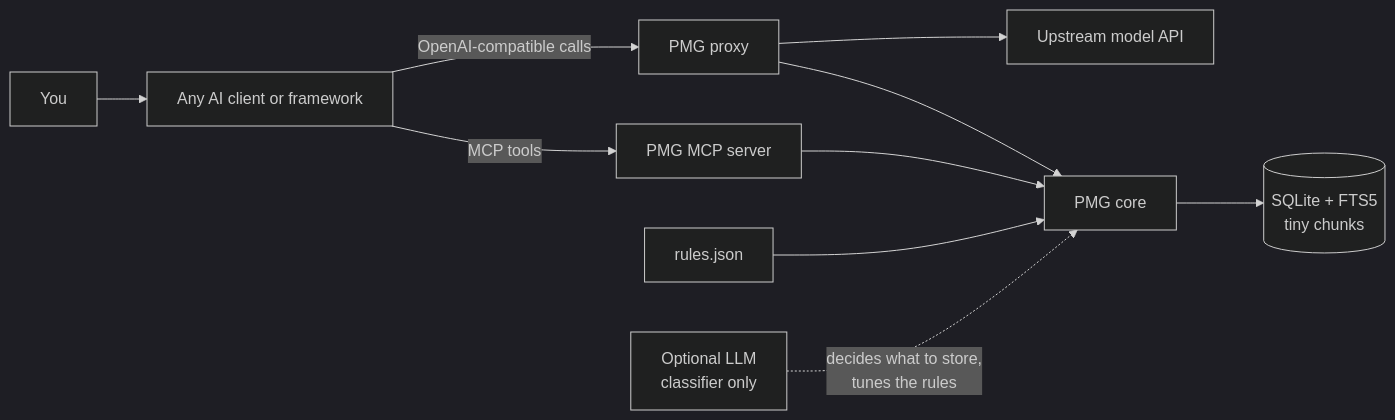
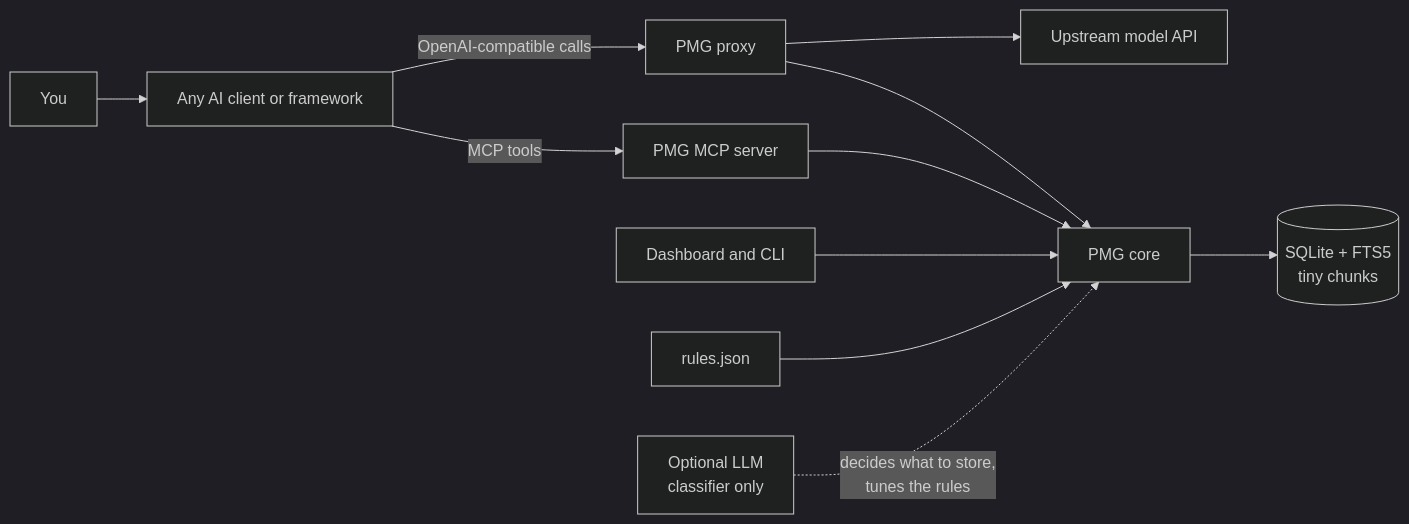
Before and after one commit to sseraladen-svg/Persistent-Memory-Gateway-PMG: the diagram in README.md, drawn with Mermaid (dark theme). The commit also changed other lines of this file and 6 other files, not shown here.

````diff
--- a/README.md
+++ b/README.md
@@ -40,12 +57,13 @@
 ```mermaid
 flowchart LR
     U[You] --> C[Any AI client or framework]
     C -- "MCP tools" --> M[PMG MCP server]
     C -- "OpenAI-compatible calls" --> P[PMG proxy]
+    D[Dashboard and CLI] --> K
     M --> K[PMG core]
     P --> K
     K --> S[(SQLite + FTS5<br/>tiny chunks)]
     R[rules.json] --> K
     L[Optional LLM<br/>classifier only] -. "decides what to store,<br/>tunes the rules" .-> K
     P --> UP[Upstream model API]
 ```
````
